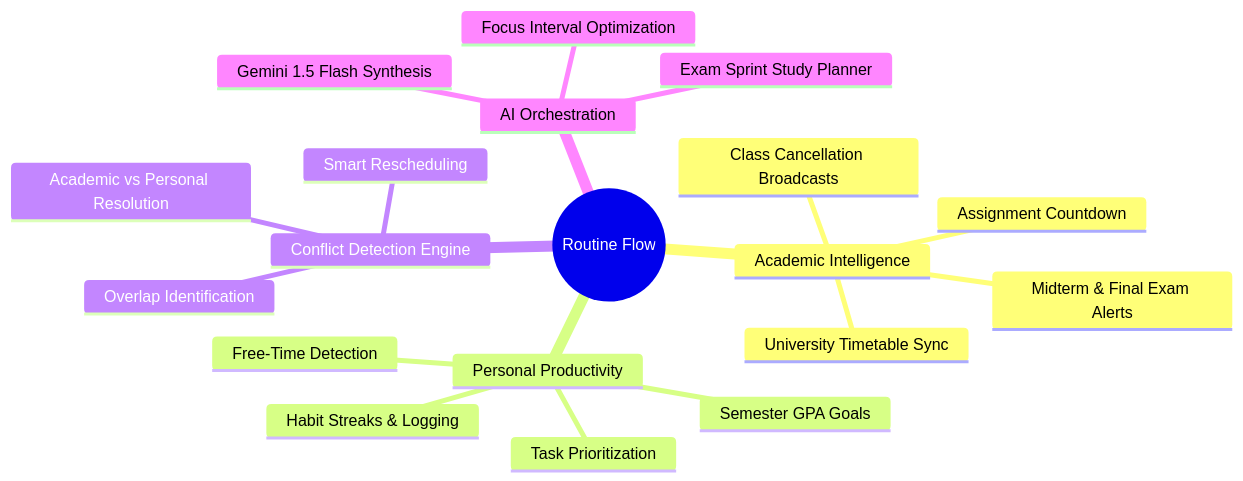
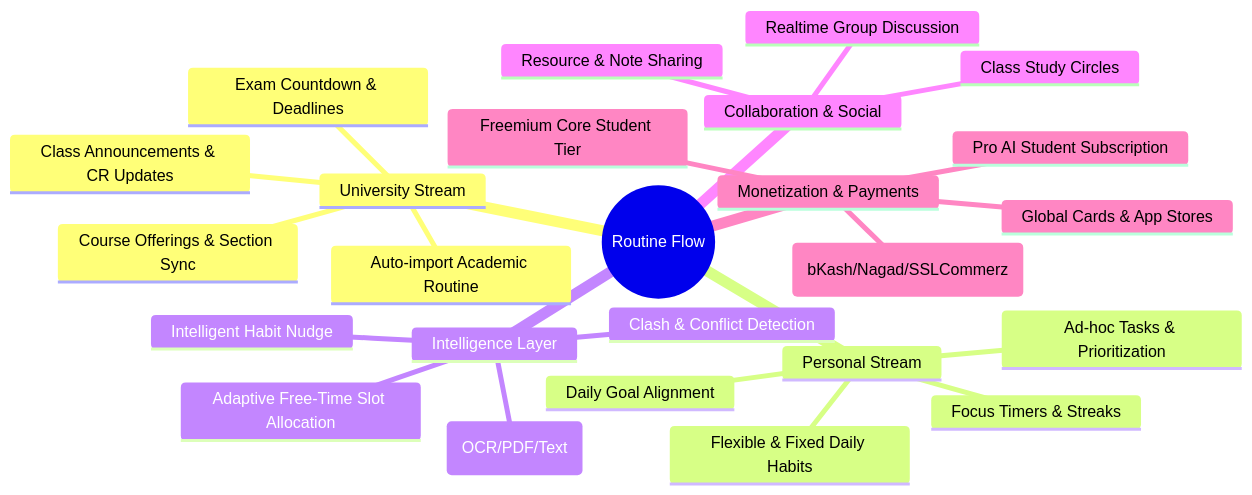
One commit to Ti838/RoutineFlow-App changed the first of 4 diagrams in README.md. Above: the diagram before and after it, drawn with Mermaid. The commit also changed other lines of this file and 4 other files, not shown here.

Commit message:
docs: clean conflict markers, update professional architecture blueprint, PRD, SRS, and integration guide

````diff
--- a/README.md
+++ b/README.md
@@ -49,22 +50,28 @@
 ```mermaid
 mindmap
   root((Routine Flow))
-    Academic Intelligence
-      University Timetable Sync
-      Midterm & Final Exam Alerts
-      Assignment Countdown
-      Class Cancellation Broadcasts
-    Personal Productivity
-      Habit Streaks & Logging
-      Task Prioritization
-      Semester GPA Goals
-      Free-Time Detection
-    Conflict Detection Engine
-      Overlap Identification
-      Academic vs Personal Resolution
-      Smart Rescheduling
-    AI Orchestration
-      Gemini 1.5 Flash Synthesis
-      Exam Sprint Study Planner
-      Focus Interval Optimization
+    University Stream
+      Auto-import Academic Routine
+      Course Offerings & Section Sync
+      Exam Countdown & Deadlines
+      Class Announcements & CR Updates
+    Personal Stream
+      Flexible & Fixed Daily Habits
+      Ad-hoc Tasks & Prioritization
+      Daily Goal Alignment
+      Focus Timers & Streaks
+    Intelligence Layer
+      AI Routine Parser (OCR/PDF/Text)
+      Clash & Conflict Detection
+      Adaptive Free-Time Slot Allocation
+      Intelligent Habit Nudge
+    Collaboration & Social
+      Class Study Circles
+      Realtime Group Discussion
+      Resource & Note Sharing
+    Monetization & Payments
+      Freemium Core Student Tier
+      Pro AI Student Subscription
+      Local Payments (bKash/Nagad/SSLCommerz)
+      Global Cards & App Stores
 ```
````
